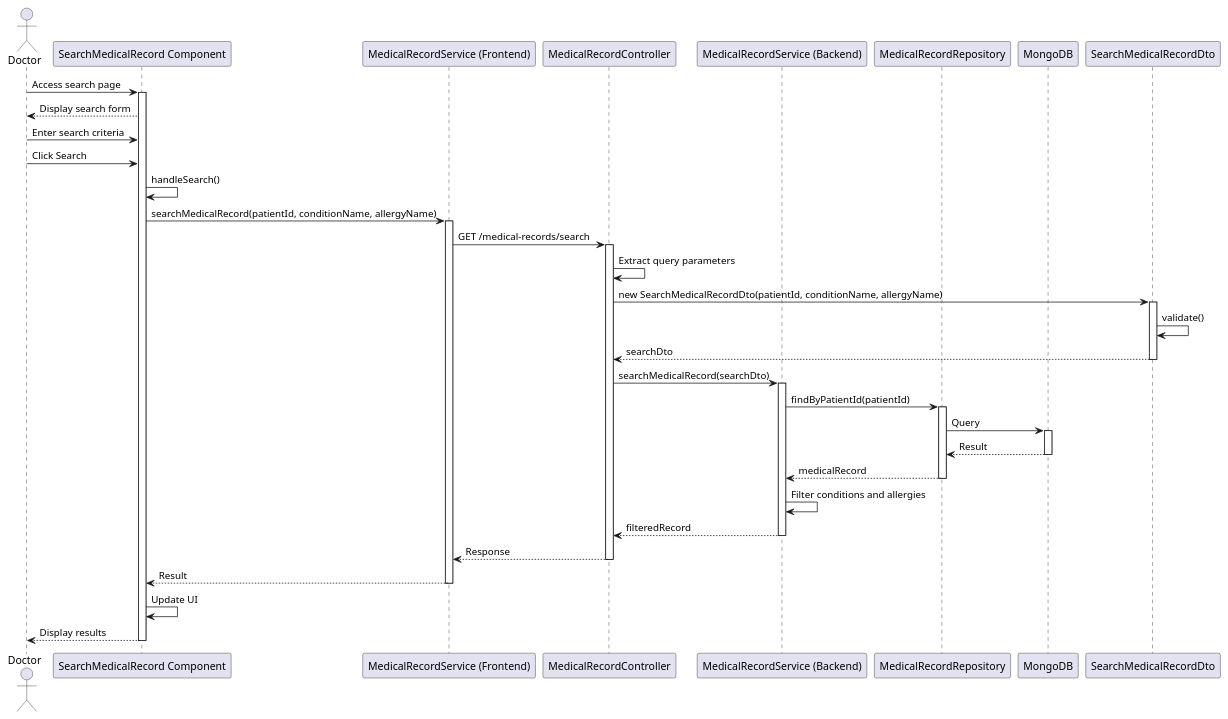
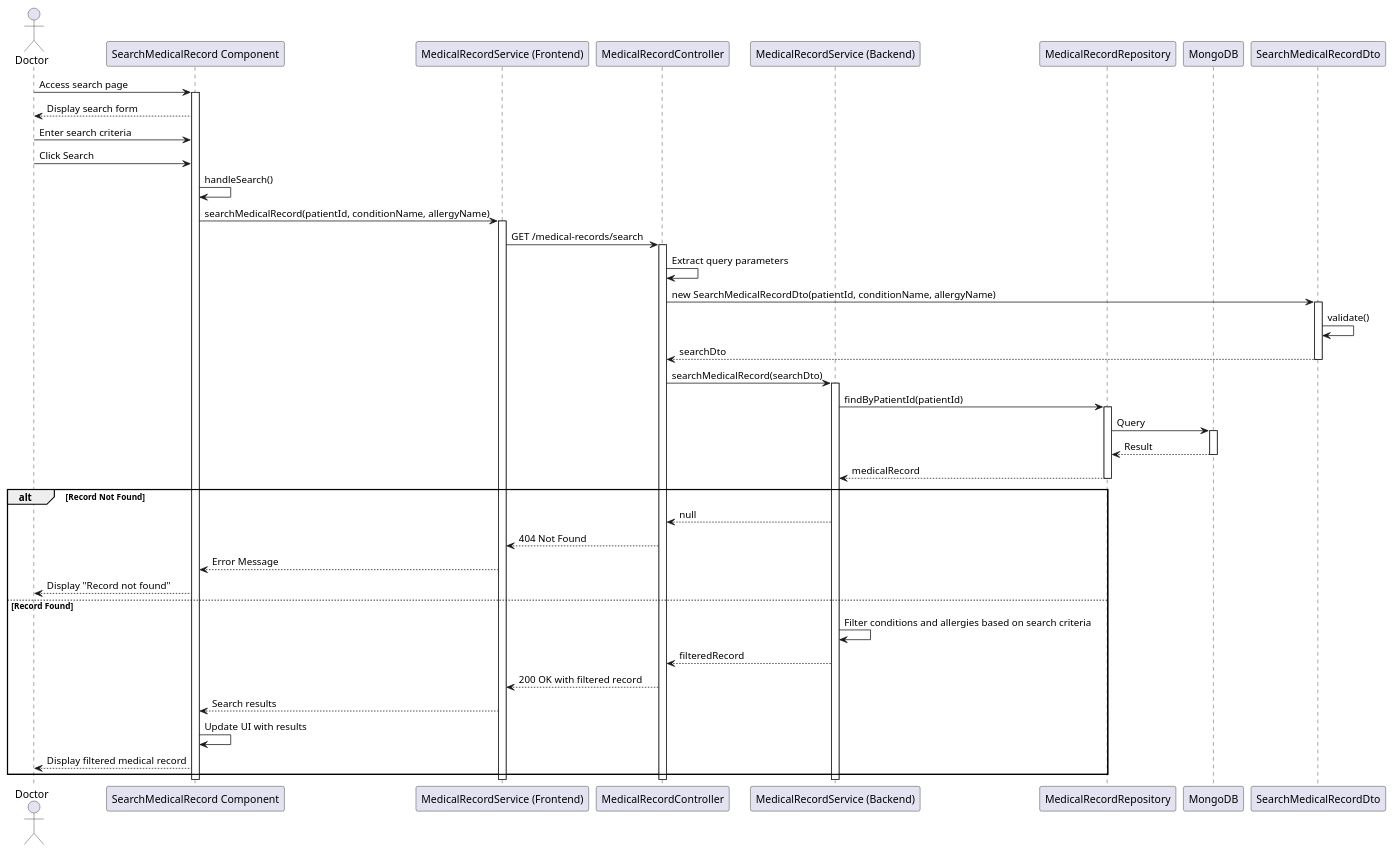
The diagram in docs/Sprint3/US 7.2.7/SD.puml (HugBar/3DC_G17), drawn with PlantUML before and after one commit. The commit also changed 33 other files, not shown here.

```diff
--- a/docs/Sprint3/US 7.2.7/SD.puml
+++ b/docs/Sprint3/US 7.2.7/SD.puml
@@ -1,61 +1,65 @@
 @startuml Search Medical Record Sequence Diagram
 
 actor Doctor
 participant Frontend as "SearchMedicalRecord Component"
 participant FrontendService as "MedicalRecordService (Frontend)"
 participant Controller as "MedicalRecordController"
 participant Service as "MedicalRecordService (Backend)"
 participant Repository as "MedicalRecordRepository"
 participant Database as "MongoDB"
 
 Doctor -> Frontend: Access search page
 activate Frontend
 Frontend --> Doctor: Display search form
 
 Doctor -> Frontend: Enter search criteria
 Doctor -> Frontend: Click Search
 Frontend -> Frontend: handleSearch()
 
 Frontend -> FrontendService: searchMedicalRecord(patientId, conditionName, allergyName)
 activate FrontendService
 
 FrontendService -> Controller: GET /medical-records/search
 activate Controller
 
 Controller -> Controller: Extract query parameters
 Controller -> SearchMedicalRecordDto: new SearchMedicalRecordDto(patientId, conditionName, allergyName)
 activate SearchMedicalRecordDto
 SearchMedicalRecordDto -> SearchMedicalRecordDto: validate()
 SearchMedicalRecordDto --> Controller: searchDto
 deactivate SearchMedicalRecordDto
 
 Controller -> Service: searchMedicalRecord(searchDto)
 activate Service
 
 Service -> Repository: findByPatientId(patientId)
 activate Repository
 
 Repository -> Database: Query
 activate Database
 Database --> Repository: Result
 deactivate Database
 
 Repository --> Service: medicalRecord
 deactivate Repository
 
-Service -> Service: Filter conditions and allergies
-Service --> Controller: filteredRecord
+alt Record Not Found
+    Service --> Controller: null
+    Controller --> FrontendService: 404 Not Found
+    FrontendService --> Frontend: Error Message
+    Frontend --> Doctor: Display "Record not found"
+else Record Found
+    Service -> Service: Filter conditions and allergies based on search criteria
+    Service --> Controller: filteredRecord
+    Controller --> FrontendService: 200 OK with filtered record
+    FrontendService --> Frontend: Search results
+    Frontend -> Frontend: Update UI with results
+    Frontend --> Doctor: Display filtered medical record
+end
+
 deactivate Service
-
-Controller --> FrontendService: Response
 deactivate Controller
-
-FrontendService --> Frontend: Result
 deactivate FrontendService
-
-Frontend -> Frontend: Update UI
-Frontend --> Doctor: Display results
-
 deactivate Frontend
 
 @enduml
```
